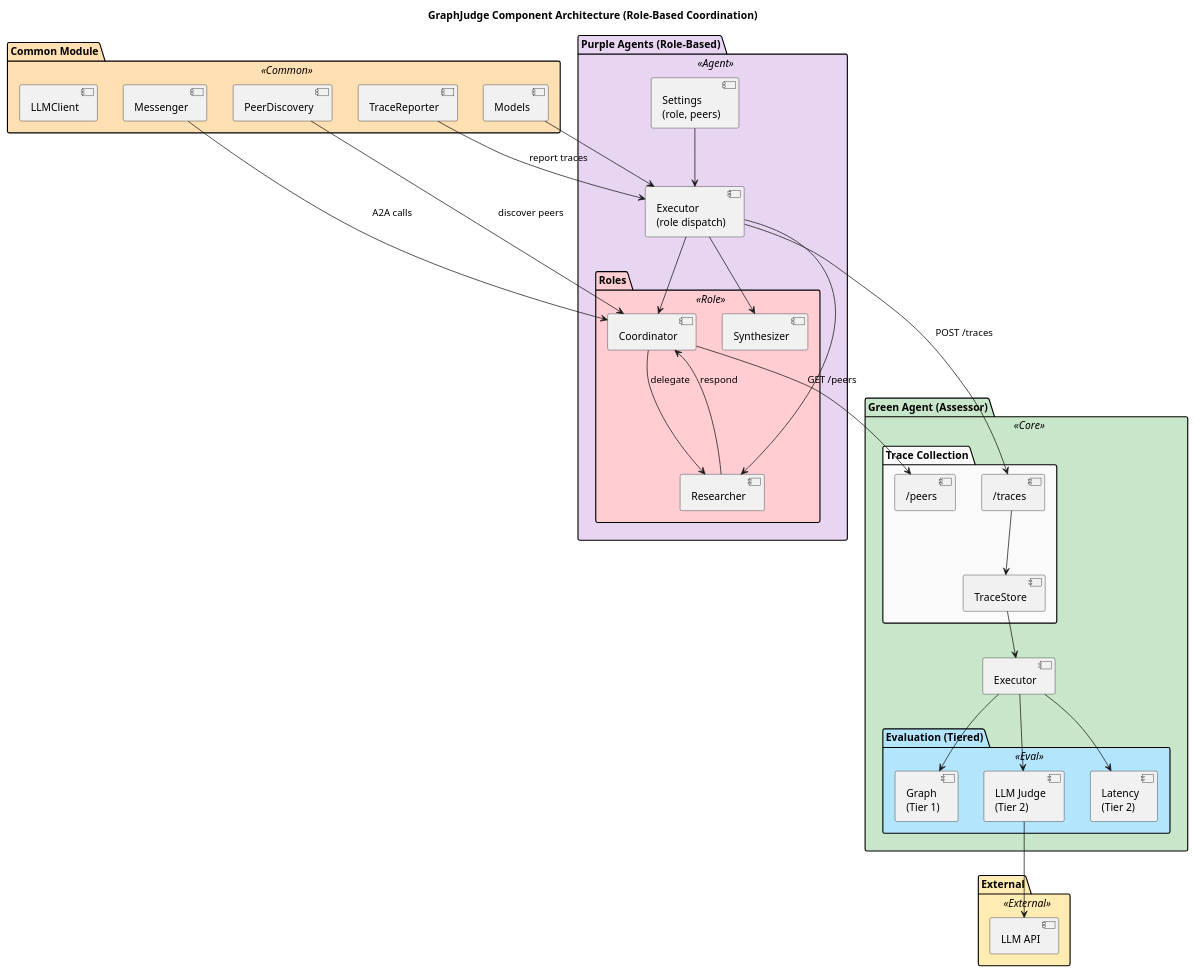
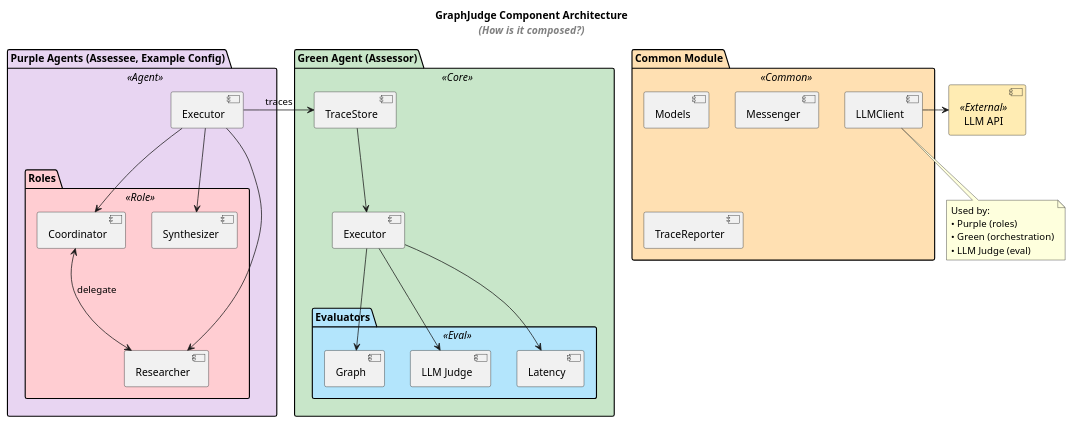
Before and after one commit to qte77/RDI-AgentBeats-MAS-GraphJudge: the diagram in docs/arch_vis/ComponentDiagram.puml, drawn with PlantUML. The commit also changed 7 other files, not shown here.

First line of the commit message:
docs(arch): simplify diagrams and regenerate images

```diff
--- a/docs/arch_vis/ComponentDiagram.puml
+++ b/docs/arch_vis/ComponentDiagram.puml
@@ -1,87 +1,70 @@
 @startuml ComponentDiagram
-title GraphJudge Component Architecture (Role-Based Coordination)
+title GraphJudge Component Architecture\n//<color:gray>(How is it composed?)</color>//
 
 skinparam component {
     BackgroundColor<<Agent>> #E8D5F2
     BackgroundColor<<Core>> #C8E6C9
     BackgroundColor<<Eval>> #B3E5FC
     BackgroundColor<<External>> #FFECB3
     BackgroundColor<<Common>> #FFE0B2
     BackgroundColor<<Role>> #FFCDD2
 }
 
 skinparam package {
     BackgroundColor #FAFAFA
 }
 
+' Top: Shared infrastructure
 package "Common Module" <<Common>> #FFE0B2 {
     component [Models] as Models
     component [Messenger] as CommonMessenger
     component [TraceReporter] as TraceReporter
-    component [PeerDiscovery] as PeerDiscovery
     component [LLMClient] as LLMFactory
 }
 
-package "Purple Agents (Role-Based)" <<Agent>> #E8D5F2 {
+component [LLM API] as LLMApi <<External>> #FFECB3
+
+' Middle: Agent packages side by side
+package "Purple Agents (Assessee, Example Config)" <<Agent>> #E8D5F2 {
+    component [Executor] as PurpleExec
 
     package "Roles" <<Role>> #FFCDD2 {
         component [Coordinator] as CoordRole
         component [Researcher] as ResearchRole
         component [Synthesizer] as SynthRole
     }
 
-    component [Executor\n(role dispatch)] as PurpleExec
-    component [Settings\n(role, peers)] as PurpleSettings
-
-    PurpleExec --> CoordRole
-    PurpleExec --> ResearchRole
-    PurpleExec --> SynthRole
-    PurpleSettings --> PurpleExec
+    PurpleExec -down-> CoordRole
+    PurpleExec -down-> ResearchRole
+    PurpleExec -down-> SynthRole
+    CoordRole <--> ResearchRole : delegate
 }
 
 package "Green Agent (Assessor)" <<Core>> #C8E6C9 {
+    component [TraceStore] as TraceStore
+    component [Executor] as GreenExec
 
-    package "Trace Collection" {
-        component [TraceStore] as TraceStore
-        component [/traces] as TracesEndpoint
-        component [/peers] as PeersEndpoint
+    package "Evaluators" <<Eval>> #B3E5FC {
+        component [Graph] as GraphEval
+        component [LLM Judge] as LLMEval
+        component [Latency] as LatencyEval
     }
 
-    package "Evaluation (Tiered)" <<Eval>> #B3E5FC {
-        component [Graph\n(Tier 1)] as GraphEval
-        component [LLM Judge\n(Tier 2)] as LLMEval
-        component [Latency\n(Tier 2)] as LatencyEval
-    }
-
-    component [Executor] as GreenExec
+    TraceStore -down-> GreenExec
+    GreenExec -down-> GraphEval
+    GreenExec -down-> LLMEval
+    GreenExec -down-> LatencyEval
 }
 
-package "External" <<External>> #FFECB3 {
-    component [LLM API] as LLMApi
-}
+' Cross-package flows
+PurpleExec -right-> TraceStore : traces
+LLMFactory -right-> LLMApi
 
-' Common usage
-Models --> PurpleExec
-CommonMessenger --> CoordRole : A2A calls
-TraceReporter --> PurpleExec : report traces
-PeerDiscovery --> CoordRole : discover peers
-
-' Role interactions (hub-spoke)
-CoordRole --> ResearchRole : delegate
-ResearchRole --> CoordRole : respond
-
-' Trace flow
-PurpleExec --> TracesEndpoint : POST /traces
-TracesEndpoint --> TraceStore
-
-' Peer discovery
-CoordRole --> PeersEndpoint : GET /peers
-
-' Evaluation
-TraceStore --> GreenExec
-GreenExec --> GraphEval
-GreenExec --> LLMEval
-GreenExec --> LatencyEval
-LLMEval --> LLMApi
+note bottom of LLMFactory
+  Used by:
+  • Purple (roles)
+  • Green (orchestration)
+  • LLM Judge (eval)
+end note
 
 @enduml
```
